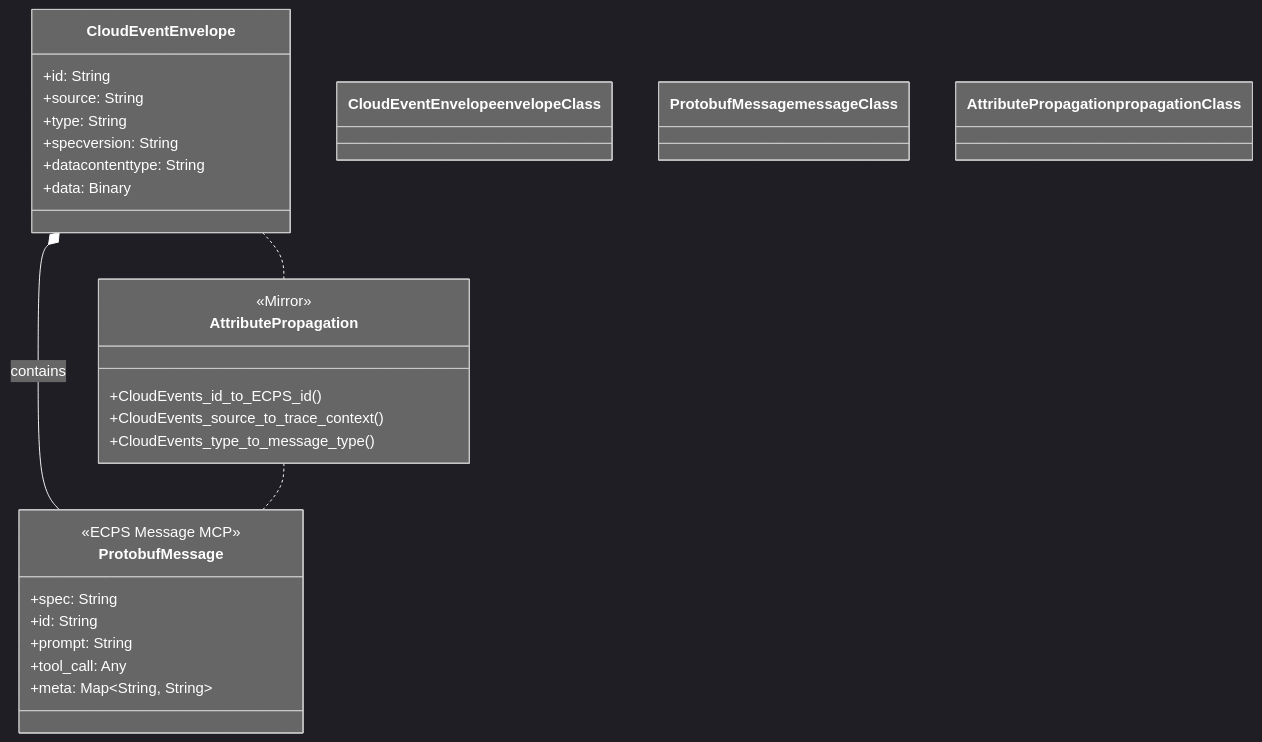
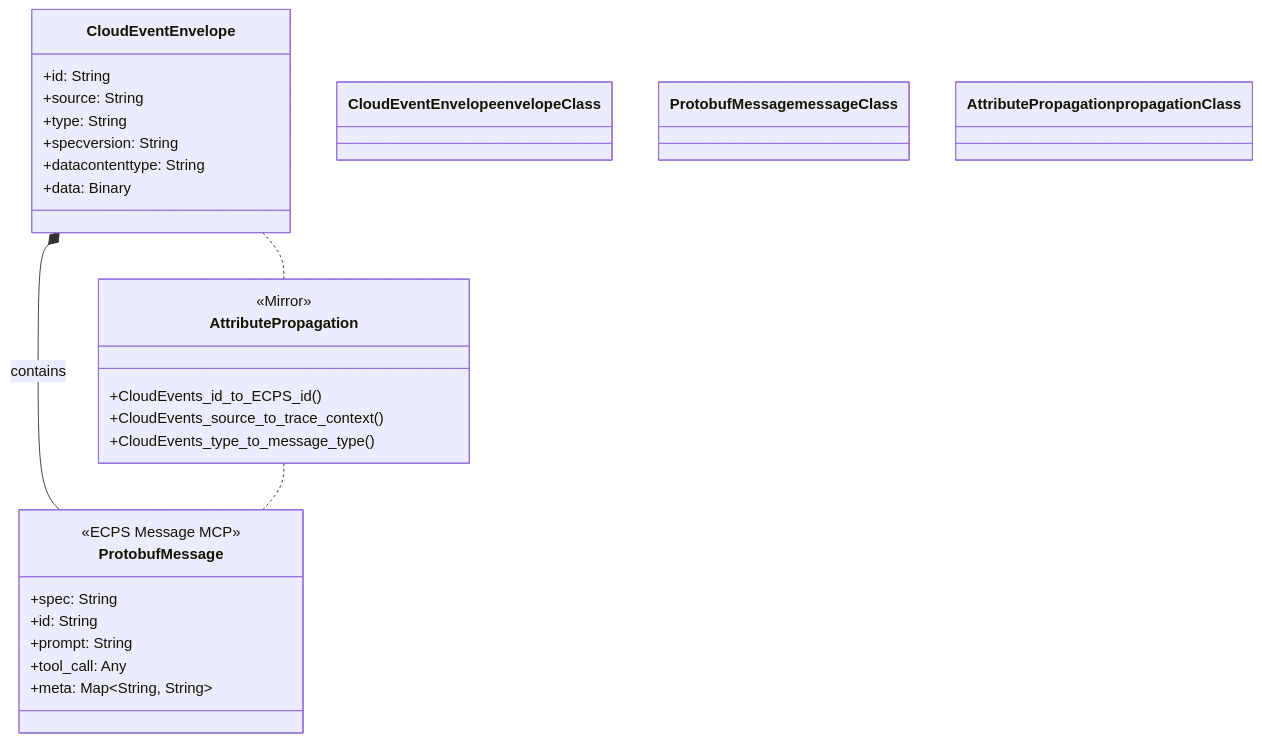
The fourth of 14 diagrams in DesignDoc.md (mbhatt1/ecps-sdk), drawn with Mermaid before and after one commit. The commit also changed other lines of this file, not shown here.

Commit message:
Adding trust layer + fix diagrams

````diff
--- a/DesignDoc.md
+++ b/DesignDoc.md
@@ -262,41 +262,40 @@
 ```mermaid
-%%{init: {'theme': 'dark', 'themeVariables': { 'primaryColor': '#666666', 'primaryTextColor': '#ffffff', 'primaryBorderColor': '#999999', 'lineColor': '#ffffff', 'secondaryColor': '#777777', 'tertiaryColor': '#555555', 'background': '#2d2d2d', 'mainBkg': '#666666', 'secondBkg': '#777777', 'tertiaryColor': '#888888'}}}%%
 classDiagram
     CloudEventEnvelope *-- ProtobufMessage : contains
     CloudEventEnvelope .. AttributePropagation
     AttributePropagation .. ProtobufMessage
     
     class CloudEventEnvelope {
         +id: String
         +source: String
         +type: String
         +specversion: String
         +datacontenttype: String
         +data: Binary
     }
     
     class ProtobufMessage {
         <<ECPS Message MCP>>
         +spec: String
         +id: String
         +prompt: String
         +tool_call: Any
         +meta: Map~String, String~
     }
     
     class AttributePropagation {
         <<Mirror>>
         +CloudEvents_id_to_ECPS_id()
         +CloudEvents_source_to_trace_context()
         +CloudEvents_type_to_message_type()
     }
     
     %% Apply styling
-    classDef envelopeClass fill:#666666,stroke:#999999,color:#ffffff
-    classDef messageClass fill:#777777,stroke:#999999,color:#ffffff
-    classDef propagationClass fill:#888888,stroke:#999999,color:#ffffff
+    classDef envelopeClass fill:#404040,stroke:#ffffff,color:#ffffff
+    classDef messageClass fill:#505050,stroke:#ffffff,color:#ffffff
+    classDef propagationClass fill:#606060,stroke:#ffffff,color:#ffffff
     
     class CloudEventEnvelope envelopeClass
     class ProtobufMessage messageClass
     class AttributePropagation propagationClass
 ```
````
